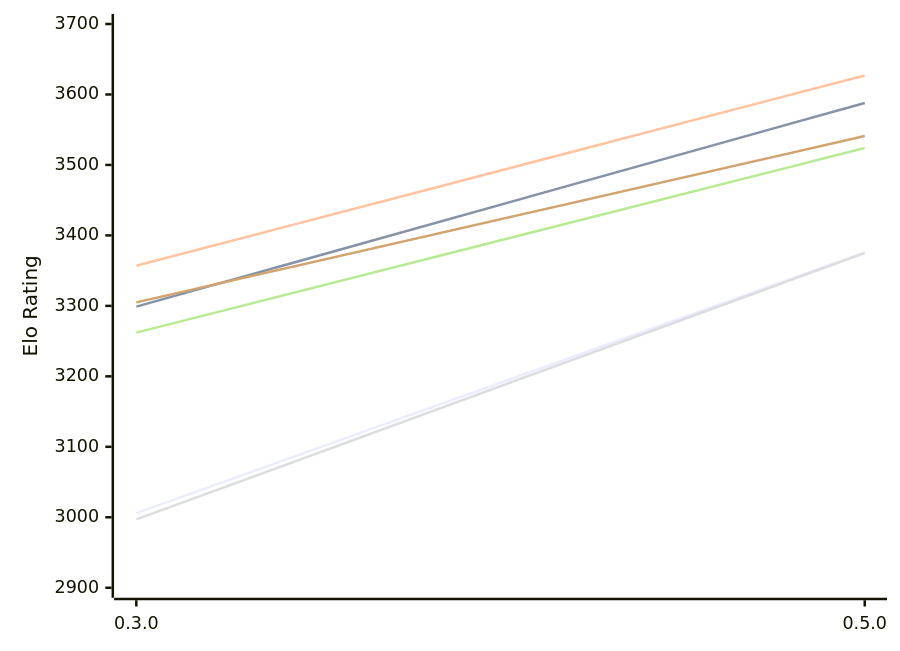
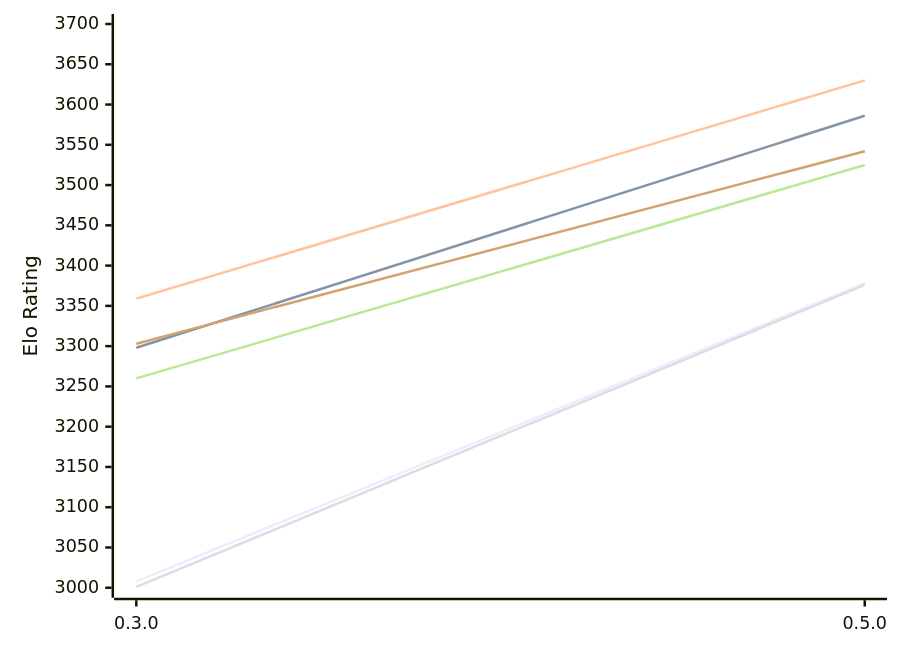
One commit to computer-chess-index/cci changed the first of 2 diagrams in engines/Justbot.md. Above: the diagram before and after it, drawn with Mermaid. The commit also changed other lines of this file, not shown here.

Commit message:
Update CCI Ratings (ELO VLTC) - 2026-11-17

````diff
--- a/engines/Justbot.md
+++ b/engines/Justbot.md
@@ -53,12 +53,12 @@
 ```mermaid
 %%{init: {"theme":"base","themeVariables":{"seriesColors:['#a3a3a3','#222221','#faa371']}}}%%
 xychart-beta
   x-axis ["0.3.0", "0.5.0"]
-  y-axis "Elo Rating" 2900 --> 3700
-  line "E1: STC (8.0+0.08s)" [3006, 3376]
-  line "E1: LTC (60.0+0.60s)" [3299, 3588]
-  line "E1: VLTC (2m24s+1.12s)" [3357, 3627]
-  line "P1: STC (8.0+0.08s)" [2997, 3375]
-  line "P1: LTC (60.0+0.60s)" [3262, 3524]
-  line "P1: VLTC (2m24s+1.12s)" [3305, 3541]
+  y-axis "Elo Rating" 3000 --> 3700
+  line "E1: STC (8.0+0.08s)" [3008, 3378]
+  line "E1: LTC (60.0+0.60s)" [3298, 3586]
+  line "E1: VLTC (2m24s+1.12s)" [3359, 3630]
+  line "P1: STC (8.0+0.08s)" [3001, 3376]
+  line "P1: LTC (60.0+0.60s)" [3260, 3525]
+  line "P1: VLTC (2m24s+1.12s)" [3303, 3542]
 ```
````
